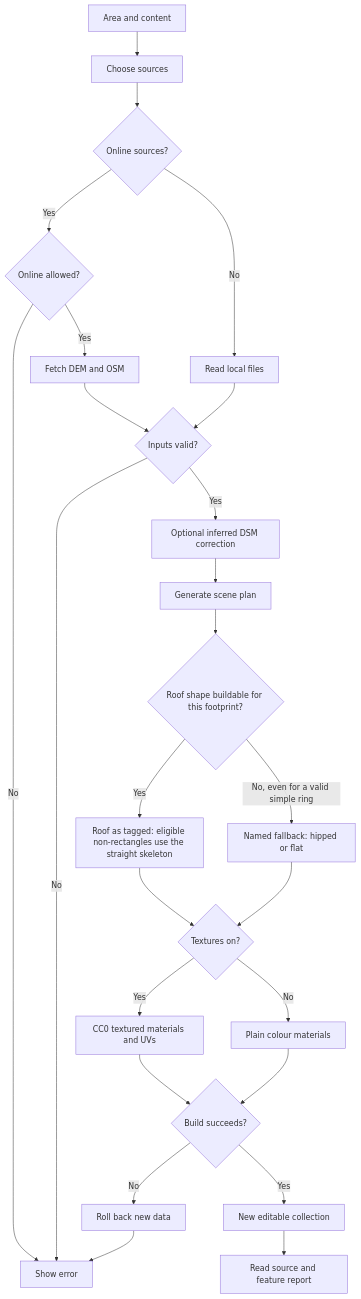
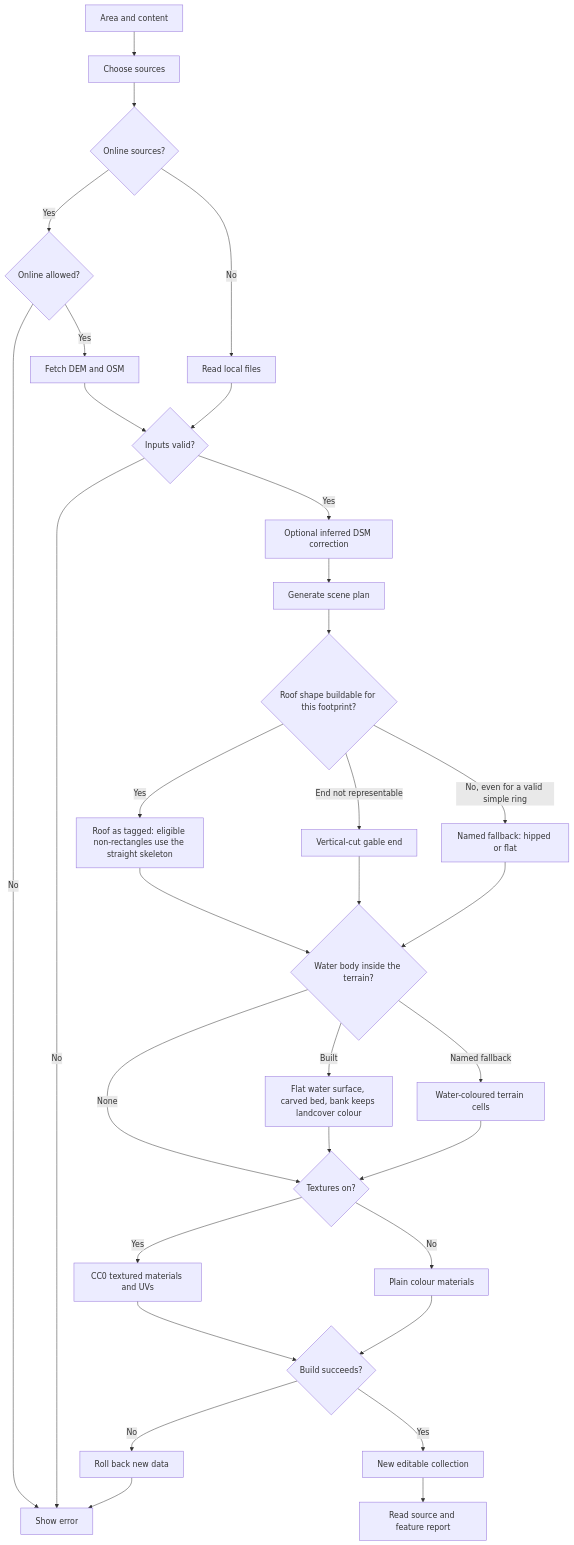
One commit to lingshf/map-builder changed the diagram in docs/flows/generate.md. Above: the diagram before and after it, drawn with Mermaid. The commit also changed other lines of this file and 43 other files, not shown here.

````diff
--- a/docs/flows/generate.md
+++ b/docs/flows/generate.md
@@ -11,27 +15,34 @@
 ```mermaid
 flowchart TD
   A[Area and content] --> B[Choose sources]
   B --> C{Online sources?}
   C -->|Yes| D{Online allowed?}
   D -->|No| E[Show error]
   D -->|Yes| F[Fetch DEM and OSM]
   C -->|No| G[Read local files]
   F --> H{Inputs valid?}
   G --> H
   H -->|No| E
   H -->|Yes| N[Optional inferred DSM correction]
   N --> I[Generate scene plan]
   I --> R{Roof shape buildable for this footprint?}
   R -->|Yes| S[Roof as tagged: eligible non-rectangles use the straight skeleton]
+  R -->|End not representable| Q[Vertical-cut gable end]
   R -->|No, even for a valid simple ring| U[Named fallback: hipped or flat]
-  S --> V{Textures on?}
-  U --> V
+  S --> Y{Water body inside the terrain?}
+  Q --> Y
+  U --> Y
+  Y -->|Built| Z[Flat water surface, carved bed, bank keeps landcover colour]
+  Y -->|Named fallback| ZF[Water-coloured terrain cells]
+  Y -->|None| V{Textures on?}
+  Z --> V
+  ZF --> V
   V -->|Yes| W[CC0 textured materials and UVs]
   V -->|No| X[Plain colour materials]
   W --> J{Build succeeds?}
   X --> J
   J -->|No| K[Roll back new data]
   K --> E
   J -->|Yes| L[New editable collection]
   L --> M[Read source and feature report]
 ```
````
